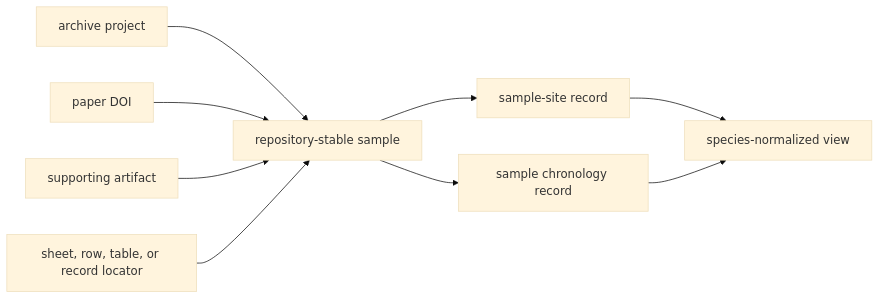
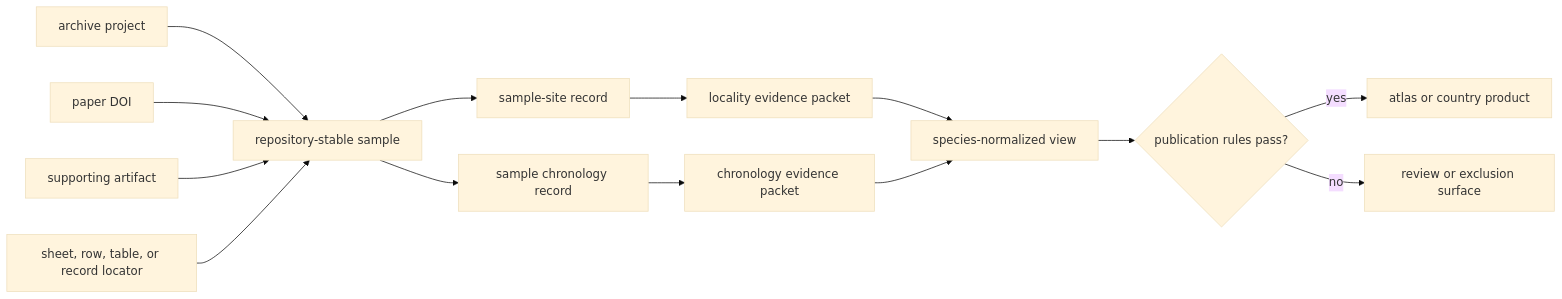
Before and after one commit to bijux/bijux-pollenomics: the diagram in docs/public/pollenomics-data/evidence/sample-records.md, drawn with Mermaid (base theme). The commit also changed other lines of this file and 2 other files, not shown here.

Commit message:
docs(evidence): distinguish sample place and time authority

````diff
--- a/docs/public/pollenomics-data/evidence/sample-records.md
+++ b/docs/public/pollenomics-data/evidence/sample-records.md
@@ -34,11 +63,16 @@
 ```mermaid
 flowchart LR
     Project["archive project"] --> Sample["repository-stable sample"]
     Paper["paper DOI"] --> Sample
     Supplement["supporting artifact"] --> Sample
     Locator["sheet, row, table, or record locator"] --> Sample
     Sample --> Site["sample-site record"]
     Sample --> Date["sample chronology record"]
-    Site --> Species["species-normalized view"]
-    Date --> Species
+    Site --> Locality["locality evidence packet"]
+    Date --> Temporal["chronology evidence packet"]
+    Locality --> Species["species-normalized view"]
+    Temporal --> Species
+    Species --> Candidate{"publication rules pass?"}
+    Candidate -->|yes| Product["atlas or country product"]
+    Candidate -->|no| Review["review or exclusion surface"]
 ```
````
